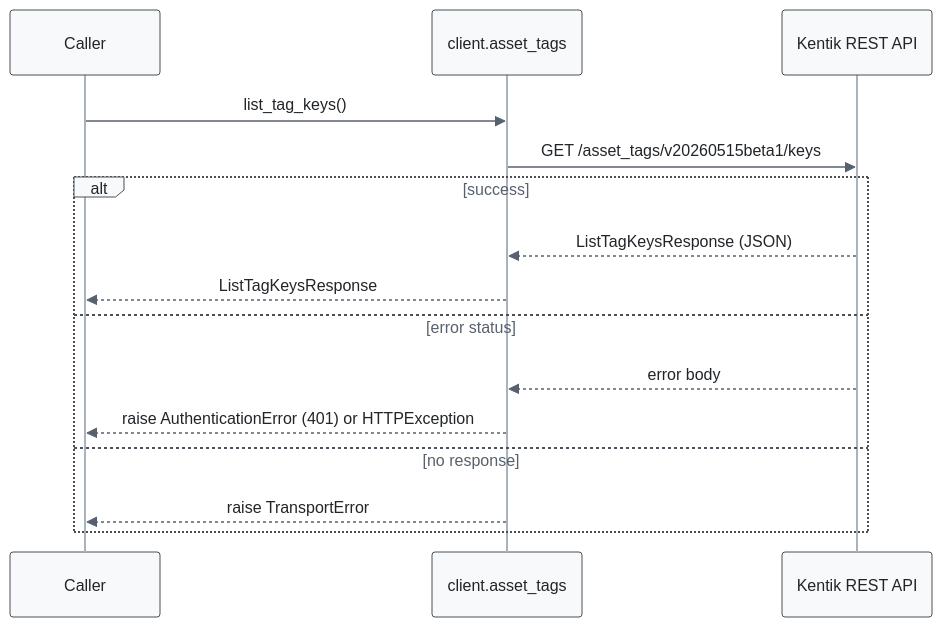
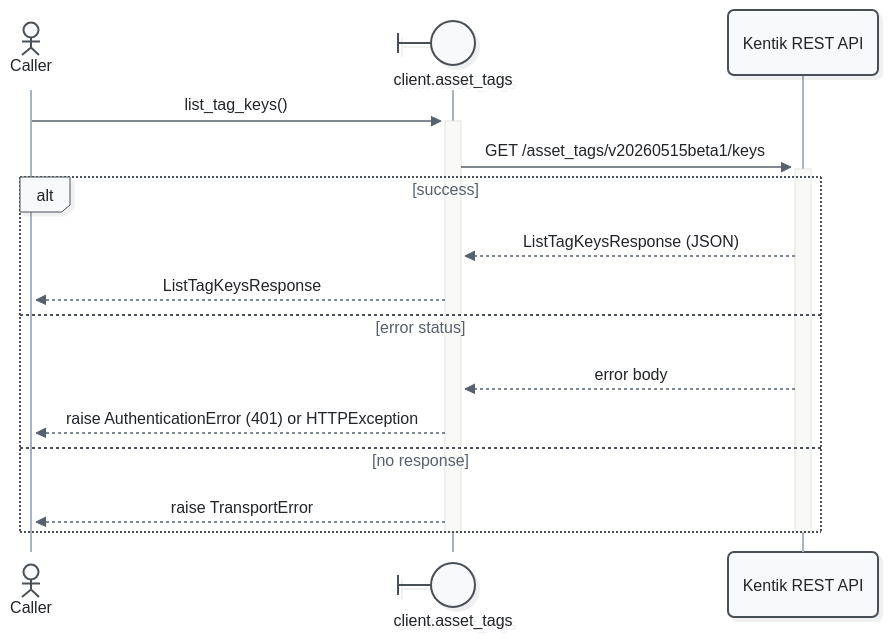
Before and after one commit to alexdearaujo/community_sdk_python: the third of 19 diagrams in docs/sphinx/services/asset_tags.md, drawn with Mermaid. The commit also changed other lines of this file and 52 other files, not shown here.

First line of the commit message:
docs: Mermaid 12 sequence diagrams with participant types and path colors

````diff
--- a/docs/sphinx/services/asset_tags.md
+++ b/docs/sphinx/services/asset_tags.md
@@ -113,19 +118,21 @@
 ```mermaid
-%%{init: {"theme": "base", "fontFamily": "ui-monospace, SFMono-Regular, Menlo, monospace", "themeVariables": {"fontFamily": "ui-monospace, SFMono-Regular, Menlo, monospace", "primaryColor": "#f8f9fa", "primaryBorderColor": "#495057", "primaryTextColor": "#212529", "textColor": "#212529", "lineColor": "#77818c", "edgeLabelBackground": "#ffffff", "actorBkg": "#f8f9fa", "actorBorder": "#495057", "actorTextColor": "#212529", "actorLineColor": "#a9b3be", "signalColor": "#57616d", "signalTextColor": "#212529", "labelBoxBkgColor": "#f8f9fa", "labelBoxBorderColor": "#495057", "labelTextColor": "#212529", "loopTextColor": "#57616d", "noteBkgColor": "#fff9db", "noteBorderColor": "#f08c00", "noteTextColor": "#a35a00"}, "flowchart": {"curve": "step", "nodeSpacing": 30, "rankSpacing": 70, "wrappingWidth": 400}}}%%
+%%{init: {"theme": "redux", "look": "neo", "layout": "dagre", "fontFamily": "ui-monospace, SFMono-Regular, Menlo, monospace", "themeVariables": {"fontFamily": "ui-monospace, SFMono-Regular, Menlo, monospace", "primaryColor": "#f8f9fa", "primaryBorderColor": "#495057", "primaryTextColor": "#212529", "textColor": "#212529", "lineColor": "#77818c", "edgeLabelBackground": "#ffffff", "actorBkg": "#f8f9fa", "actorBorder": "#495057", "actorTextColor": "#212529", "actorLineColor": "#a9b3be", "signalColor": "#57616d", "signalTextColor": "#212529", "labelBoxBkgColor": "#f8f9fa", "labelBoxBorderColor": "#495057", "labelTextColor": "#212529", "loopTextColor": "#57616d", "noteBkgColor": "#fff9db", "noteBorderColor": "#f08c00", "noteTextColor": "#a35a00"}, "sequence": {"activationWidth": 16}, "flowchart": {"curve": "step", "nodeSpacing": 30, "rankSpacing": 70, "wrappingWidth": 400}}}%%
 sequenceDiagram
-    participant C as Caller
-    participant W as client.asset_tags
+    actor C as Caller
+    participant W@{ "type": "boundary" } as client.asset_tags
     participant API as Kentik REST API
 
-    C->>W: list_tag_keys()
-    W->>API: GET /asset_tags/v20260515beta1/keys
+    C->>+W: list_tag_keys()
+    W->>+API: GET /asset_tags/v20260515beta1/keys
     alt success
         API-->>W: ListTagKeysResponse (JSON)
         W-->>C: ListTagKeysResponse
     else error status
         API-->>W: error body
         W-->>C: raise AuthenticationError (401) or HTTPException
     else no response
         W-->>C: raise TransportError
     end
+    deactivate API
+    deactivate W
 ```
````
